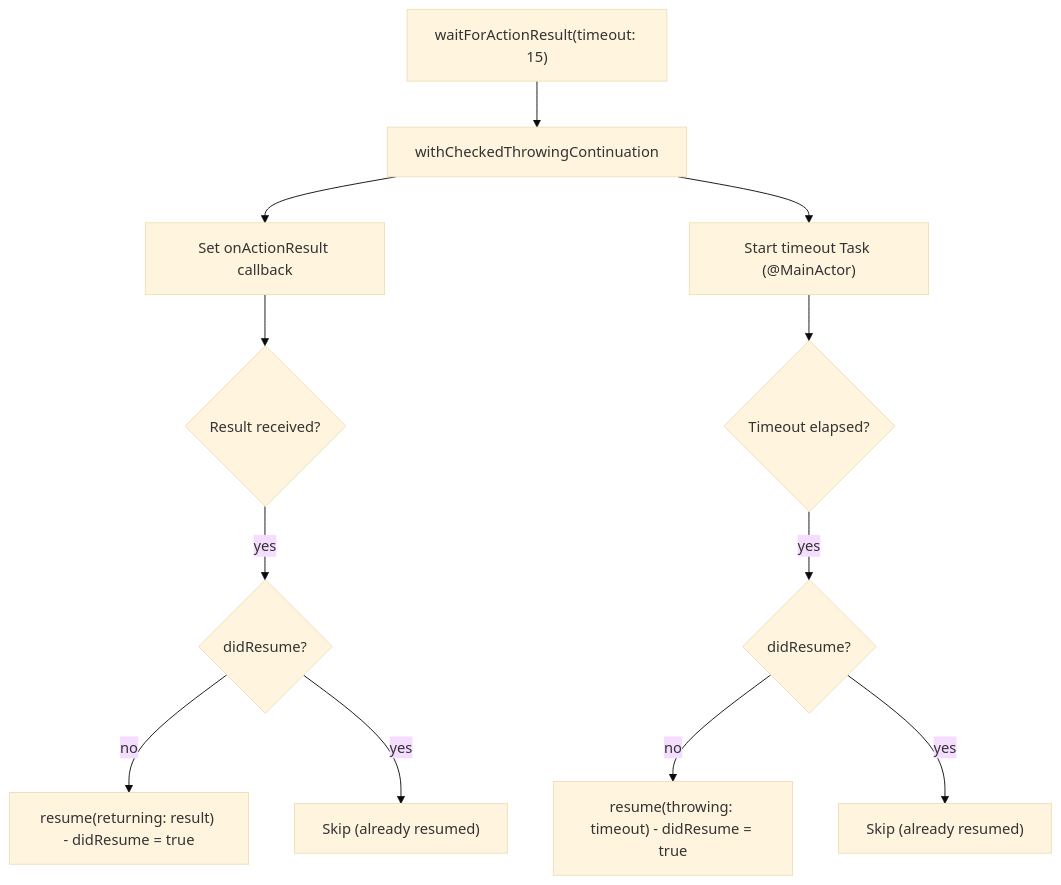
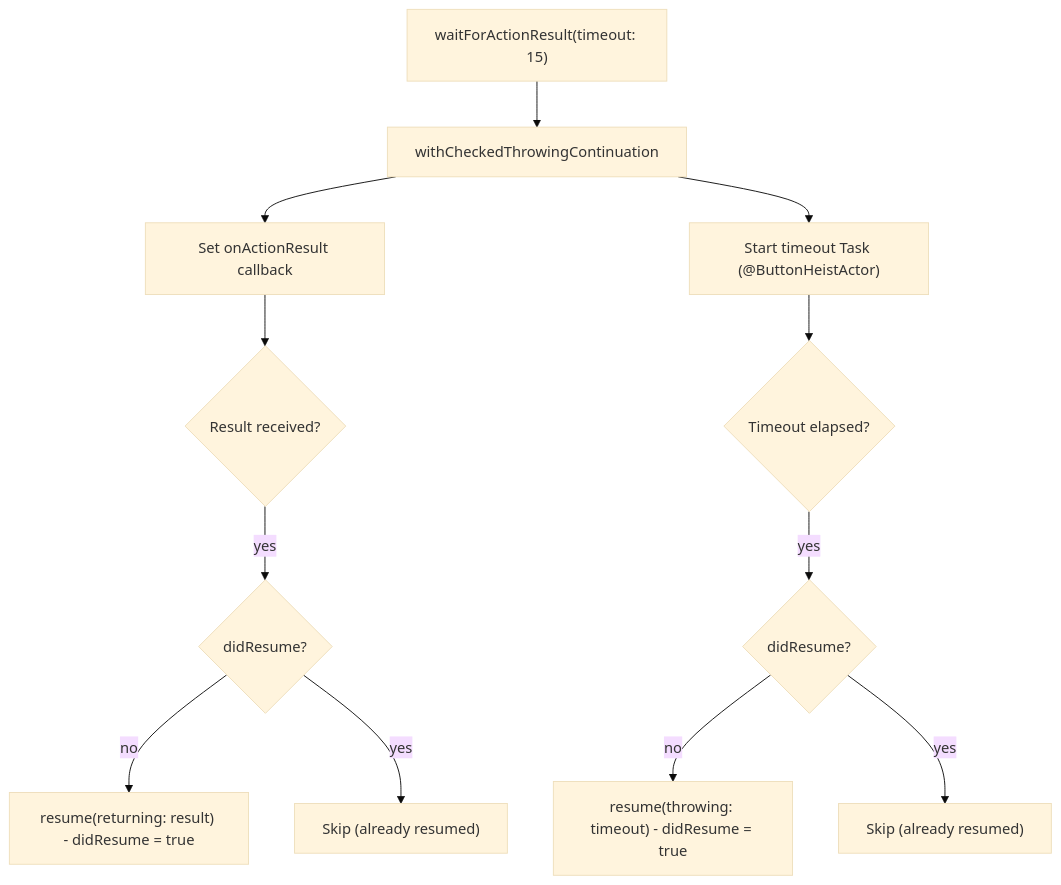
Before and after one commit to RoyalPineapple/TheButtonHeist: the third of 3 diagrams in docs/dossiers/09-THEMASTERMIND.md, drawn with Mermaid (base theme). The commit also changed other lines of this file and 8 other files, not shown here.

First line of the commit message:
Fix MCP build and update docs for @ButtonHeistActor migration

````diff
--- a/docs/dossiers/09-THEMASTERMIND.md
+++ b/docs/dossiers/09-THEMASTERMIND.md
@@ -81,17 +81,17 @@
 ```mermaid
 flowchart TD
     Call["waitForActionResult(timeout: 15)"]
     Call --> Setup["withCheckedThrowingContinuation"]
     Setup --> Hook["Set onActionResult callback"]
-    Setup --> Timer["Start timeout Task (@MainActor)"]
+    Setup --> Timer["Start timeout Task (@ButtonHeistActor)"]
 
     Hook --> Result{"Result received?"}
     Result -->|yes| Check{"didResume?"}
     Check -->|no| Resume1["resume(returning: result) - didResume = true"]
     Check -->|yes| Skip1["Skip (already resumed)"]
 
     Timer --> Timeout{"Timeout elapsed?"}
     Timeout -->|yes| Check2{"didResume?"}
     Check2 -->|no| Resume2["resume(throwing: timeout) - didResume = true"]
     Check2 -->|yes| Skip2["Skip (already resumed)"]
 ```
````
